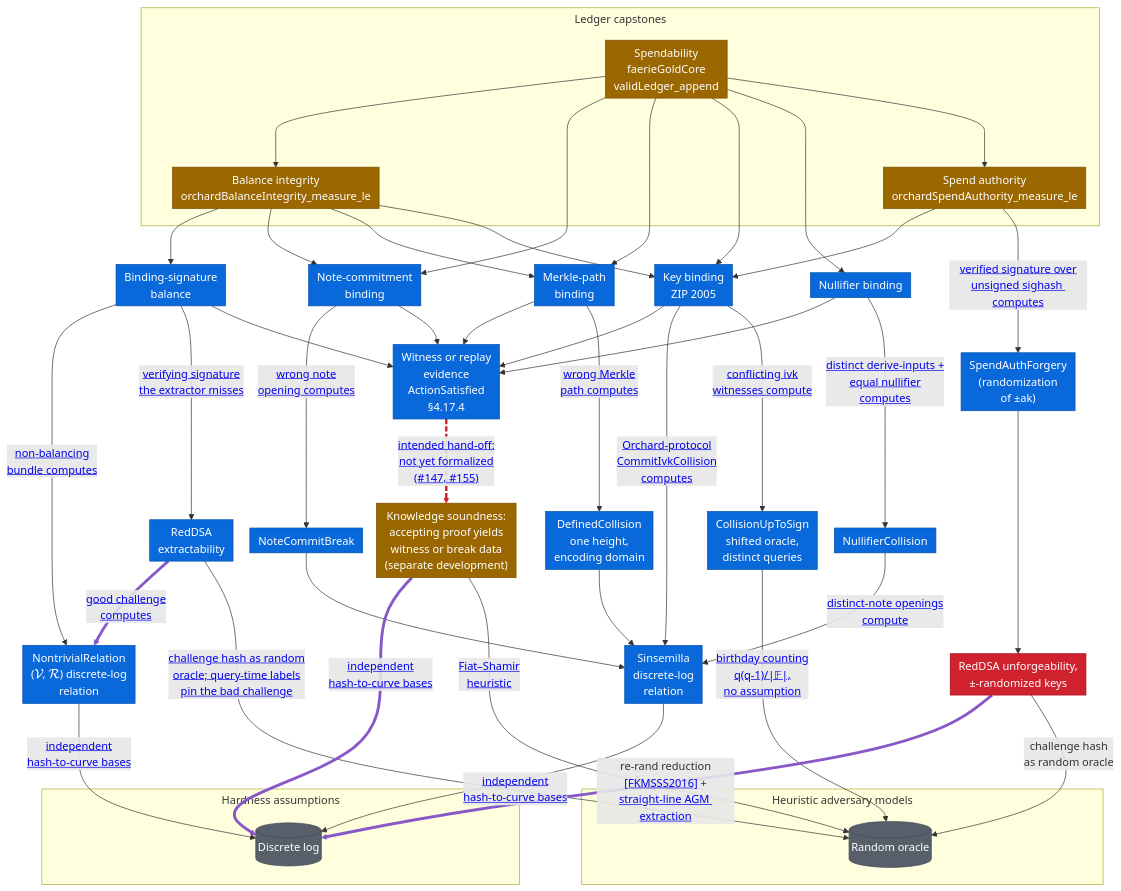
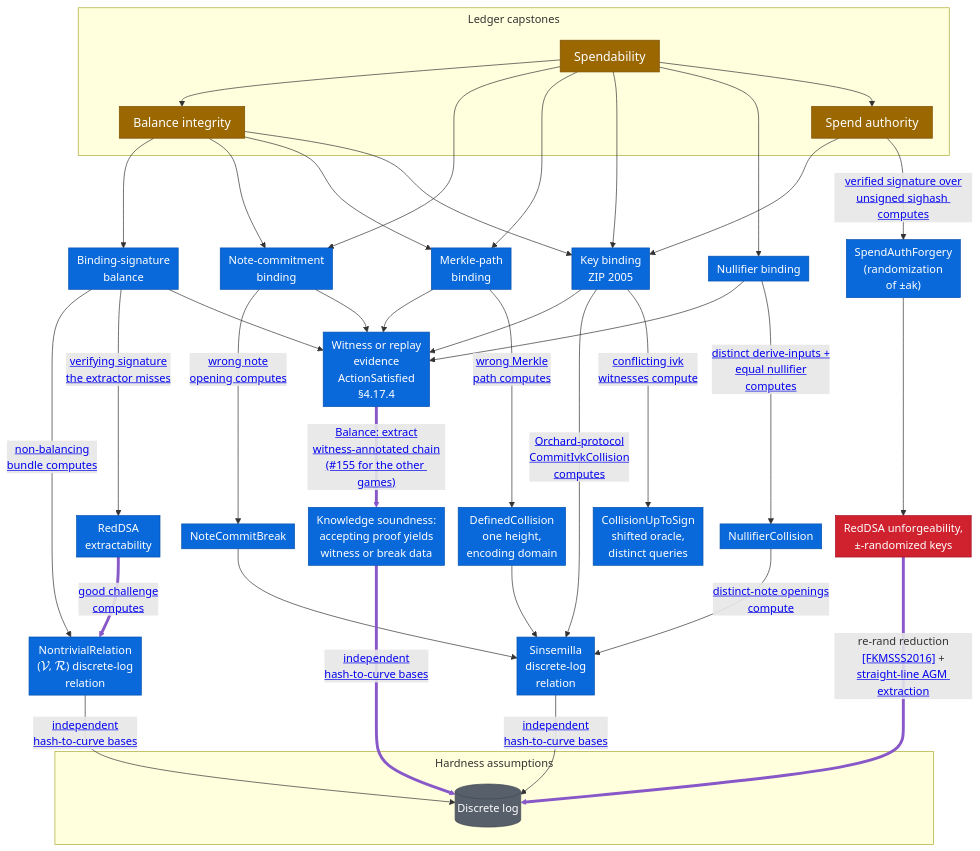
One commit to daira/ironwood changed the diagram in book/src/formal-verification/ledger-security-games.md. Above: the diagram before and after it, drawn with Mermaid. The commit also changed other lines of this file and 4 other files, not shown here.

````diff
--- a/book/src/formal-verification/ledger-security-games.md
+++ b/book/src/formal-verification/ledger-security-games.md
@@ -18,9 +20,9 @@
 %%{init: {"flowchart": {"nodeSpacing": 20, "rankSpacing": 50, "padding": 6, "diagramPadding": 4, "subGraphTitleMargin": {"top": 4, "bottom": 18}}, "themeCSS": ".cluster-label { font-weight: 700; font-size: 1.1em; font-family: raleway, sans-serif; } marker { overflow: visible !important; } marker path { transform-box: fill-box !important; transform-origin: center !important; transform: scale(1.25) !important; }"}}%%
 flowchart TD
   subgraph GAMES["Ledger capstones"]
-    BAL["Balance integrity<br/>orchardBalanceIntegrity_measure_le"]
-    SPEND["Spendability<br/>faerieGoldCore<br/>validLedger_append"]
-    SPENDAUTH["Spend authority<br/>orchardSpendAuthority_measure_le"]
+    BAL["<span style='display:inline-block; padding:0.2em 0.45em; font-size:1.12em'>Balance integrity</span>"]
+    SPEND["<span style='display:inline-block; padding:0.2em 0.45em; font-size:1.12em'>Spendability</span>"]
+    SPENDAUTH["<span style='display:inline-block; padding:0.2em 0.45em; font-size:1.12em'>Spend authority</span>"]
   end
 
   BAL --> BS["Binding-signature<br/>balance"]
@@ -32,15 +34,11 @@
   SPEND ---> MERK
   SPEND ---> KB
   SPEND ---> NFB["Nullifier binding"]
-  SPEND ---> SPENDAUTH
+  SPEND --> SPENDAUTH
   SPENDAUTH --> KB
 
   subgraph ASSUMPTIONS["Hardness assumptions"]
     DL[("Discrete log")]
-  end
-
-  subgraph MODELS["Heuristic adversary models"]
-    ROM[("Random oracle")]
   end
 
   BS --->|"<a target='_blank' href='https://github.com/zcash/ironwood/blob/main/Zcash/Security/BindingSignature/Balance.lean'>non-balancing<br/>bundle computes</a>"| NDLR["NontrivialRelation<br/>(<span class='katex'><span class='mord mathcal'>V</span></span>,&nbsp;<span class='katex'><span class='mord mathcal'>R</span></span>) discrete-log<br/>relation"]
@@ -55,23 +53,19 @@
   KB --->|"<a target='_blank' href='https://github.com/zcash/ironwood/blob/main/Zcash/Security/KeyBinding/Basic.lean'>conflicting ivk<br/>witnesses compute</a>"| CUS["CollisionUpToSign<br/>shifted oracle,<br/>distinct queries"]
   NFB --> STMT
   NFB --->|"<a target='_blank' href='https://github.com/zcash/ironwood/blob/main/Zcash/Security/Ledger/Spendability.lean'>distinct derive-inputs +<br/>equal nullifier<br/>computes</a>"| NFC["NullifierCollision"]
-  SPENDAUTH --->|"<a target='_blank' href='https://github.com/zcash/ironwood/blob/main/Zcash/Security/Ledger/SpendAuthority.lean'>verified signature over<br/>unsigned sighash computes</a>"| SAF["SpendAuthForgery<br/>(randomization<br/>of ±ak)"]
+  SPENDAUTH -->|"<a target='_blank' href='https://github.com/zcash/ironwood/blob/main/Zcash/Security/Ledger/SpendAuthority.lean'>verified signature over<br/>unsigned sighash computes</a>"| SAF["SpendAuthForgery<br/>(randomization<br/>of ±ak)"]
 
-  STMT STMTtoKS@-. "<a target='_blank' href='https://github.com/zcash/ironwood/issues/147'>intended hand-off:<br/>not yet formalized<br/>(#147, #155)</a>" .-> KS["Knowledge soundness:<br/>accepting proof yields<br/>witness or break data<br/>(separate development)"]
+  STMT STMTtoKS@-->|"<a target='_blank' href='https://github.com/zcash/ironwood/blob/main/Zcash/Security/Ledger/OrchardExtractionExperiment.lean'>Balance: extract<br/>witness-annotated chain<br/>(#155 for the other games)</a>"| KS["Knowledge soundness:<br/>accepting proof yields<br/>witness or break data"]
   NCBK --> SDLR["Sinsemilla<br/>discrete-log<br/>relation"]
 
   KERR KERRtoNDLR@==>|"<a target='_blank' href='https://github.com/zcash/ironwood/blob/main/Zcash/Security/RedDSA/Extraction.lean'>good challenge<br/>computes</a>"| NDLR
-  KERR --->|"<a target='_blank' href='https://github.com/zcash/ironwood/blob/main/Zcash/Security/RedDSA/KnowledgeError.lean'>challenge hash as random<br/>oracle; query-time labels<br/>pin the bad challenge</a>"| ROM
   NDLR -->|"<a target='_blank' href='https://github.com/zcash/ironwood/blob/main/Zcash/Security/BindingSignature/DiscreteLog.lean'>independent<br/>hash-to-curve bases</a>"| DL
   SDLR -->|"<a target='_blank' href='https://github.com/zcash/ironwood/blob/main/Zcash/Security/BindingSignature/DiscreteLog.lean'>independent<br/>hash-to-curve bases</a>"| DL
   KS KStoDL@===>|"<a target='_blank' href='https://github.com/zcash/ironwood/blob/main/Zcash/Snark/Soundness/Action/AdaptiveStatementKnowledge.lean'>independent<br/>hash-to-curve bases</a>"| DL
-  KS -->|"<a target='_blank' href='https://github.com/zcash/ironwood/tree/main/Zcash/Snark/Soundness/FiatShamir'>Fiat–Shamir<br/>heuristic</a>"| ROM
   MC --> SDLR
-  CUS --->|"<a target='_blank' href='https://github.com/zcash/ironwood/blob/main/Zcash/Security/Common/Birthday.lean'>birthday counting<br/>q(q-1)/|𝔽|,<br/>no assumption</a>"| ROM
   NFC -->|"<a target='_blank' href='https://github.com/zcash/ironwood/blob/main/Zcash/Security/Ledger/Nullifier.lean'>distinct-note openings<br/>compute</a>"| SDLR
   SAF ---> RDSA["RedDSA unforgeability,<br/>±-randomized keys"]
-  RDSA RDSAtoDL@==>|"re-rand reduction<br/><a target='_blank' href='https://eprint.iacr.org/2015/395'>[FKMSSS2016]</a> +<br/><a target='_blank' href='https://eprint.iacr.org/2019/877'>straight-line AGM extraction</a>"| DL
-  RDSA -->|"challenge hash<br/>as random oracle"| ROM
+  RDSA RDSAtoDL@===>|"re-rand reduction<br/><a target='_blank' href='https://eprint.iacr.org/2015/395'>[FKMSSS2016]</a> +<br/><a target='_blank' href='https://eprint.iacr.org/2019/877'>straight-line AGM extraction</a>"| DL
 
   click BAL "https://github.com/zcash/ironwood/blob/main/Zcash/Security/Ledger/Balance.lean" _blank
   click SPEND "https://github.com/zcash/ironwood/blob/main/Zcash/Security/Ledger/Spendability.lean" _blank
@@ -91,7 +85,6 @@
   click SDLR "https://github.com/zcash/ironwood/blob/main/Zcash/Common/DiscreteLogRelation.lean" _blank
   click KS "https://github.com/zcash/ironwood/blob/main/Zcash/Snark/Soundness/Relation/KnowledgeSoundness.lean" _blank
   click DL "https://github.com/zcash/ironwood/blob/main/Zcash/Common/DiscreteLogRelation.lean" _blank
-  click ROM "https://github.com/zcash/ironwood/blob/main/Zcash/Security/Common/RandomOracle.lean" _blank
   click KERR "https://github.com/zcash/ironwood/blob/main/Zcash/Security/Ledger/ExtractionKnowledgeError.lean" _blank
   click RDSA "https://github.com/zcash/ironwood/issues/121" _blank
 
@@ -100,12 +93,10 @@
   classDef partial fill:#9a6700,stroke:#7d4e00,color:#ffffff
   classDef hyp fill:#cf222e,stroke:#a40e26,color:#ffffff
   classDef assumed fill:#57606a,stroke:#424a53,color:#ffffff
-  class BAL,SPEND,SPENDAUTH,KS partial
-  class NCB,BS,KB,MERK,NFB,STMT,NDLR,CUS,NCBK,MC,NFC,SAF,SDLR,KERR checked
+  class BAL,SPEND,SPENDAUTH partial
+  class NCB,BS,KB,MERK,NFB,STMT,NDLR,CUS,NCBK,MC,NFC,SAF,SDLR,KERR,KS checked
   class RDSA hyp
-  class DL,ROM assumed
+  class DL assumed
   classDef agmEdge stroke:#8858c8,stroke-width:4.2px
-  classDef gapEdge stroke:#cf222e,stroke-width:3.5px,stroke-dasharray: 7.5 3.2
-  class KERRtoNDLR,KStoDL,RDSAtoDL agmEdge
-  class STMTtoKS gapEdge
+  class KERRtoNDLR,KStoDL,RDSAtoDL,STMTtoKS agmEdge
 ```
````
